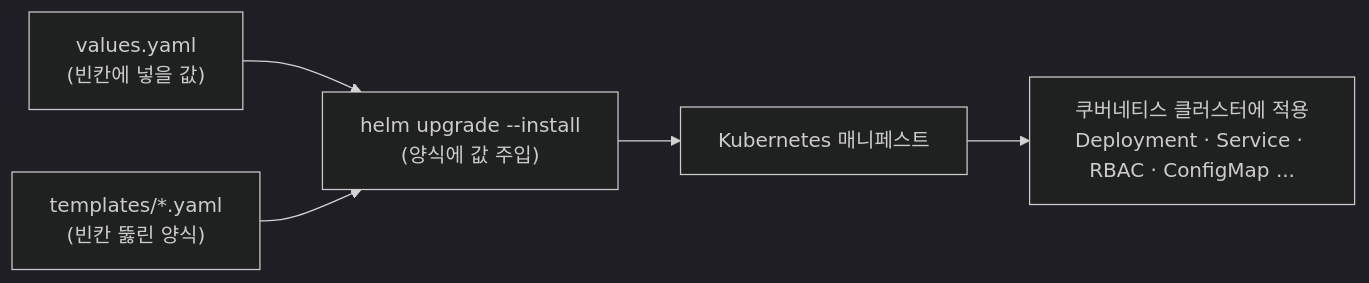
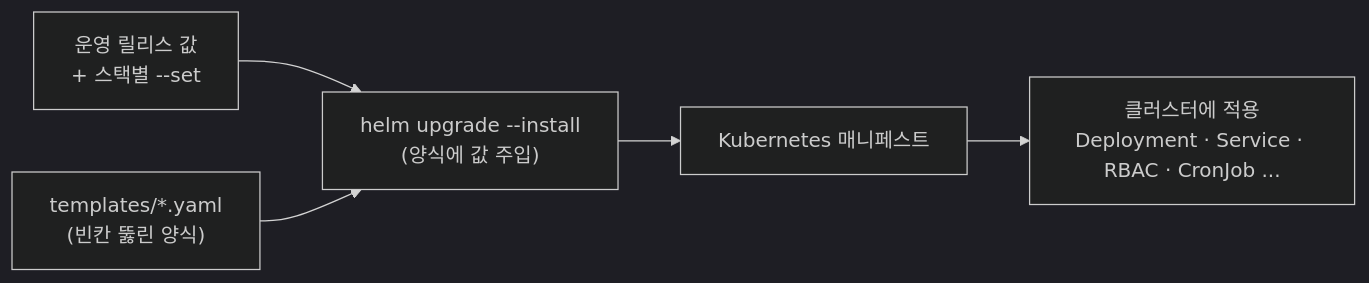
One commit to CSID-DGU/admin_wiki changed the diagram in md/infra/operations/Helm-차트-레퍼런스.md. Above: the diagram before and after it, drawn with Mermaid (dark theme). The commit also changed other lines of this file and 12 other files, not shown here.

````diff
--- a/md/infra/operations/Helm-차트-레퍼런스.md
+++ b/md/infra/operations/Helm-차트-레퍼런스.md
@@ -32,7 +32,7 @@
 ```mermaid
 flowchart LR
-    V["values.yaml<br/>(빈칸에 넣을 값)"] --> H["helm upgrade --install<br/>(양식에 값 주입)"]
+    V["운영 릴리스 값<br/>+ 스택별 --set"] --> H["helm upgrade --install<br/>(양식에 값 주입)"]
     T["templates/*.yaml<br/>(빈칸 뚫린 양식)"] --> H
     H --> M["Kubernetes 매니페스트"]
-    M --> K["쿠버네티스 클러스터에 적용<br/>Deployment · Service · RBAC · ConfigMap ..."]
+    M --> K["클러스터에 적용<br/>Deployment · Service · RBAC · CronJob ..."]
 ```
````
